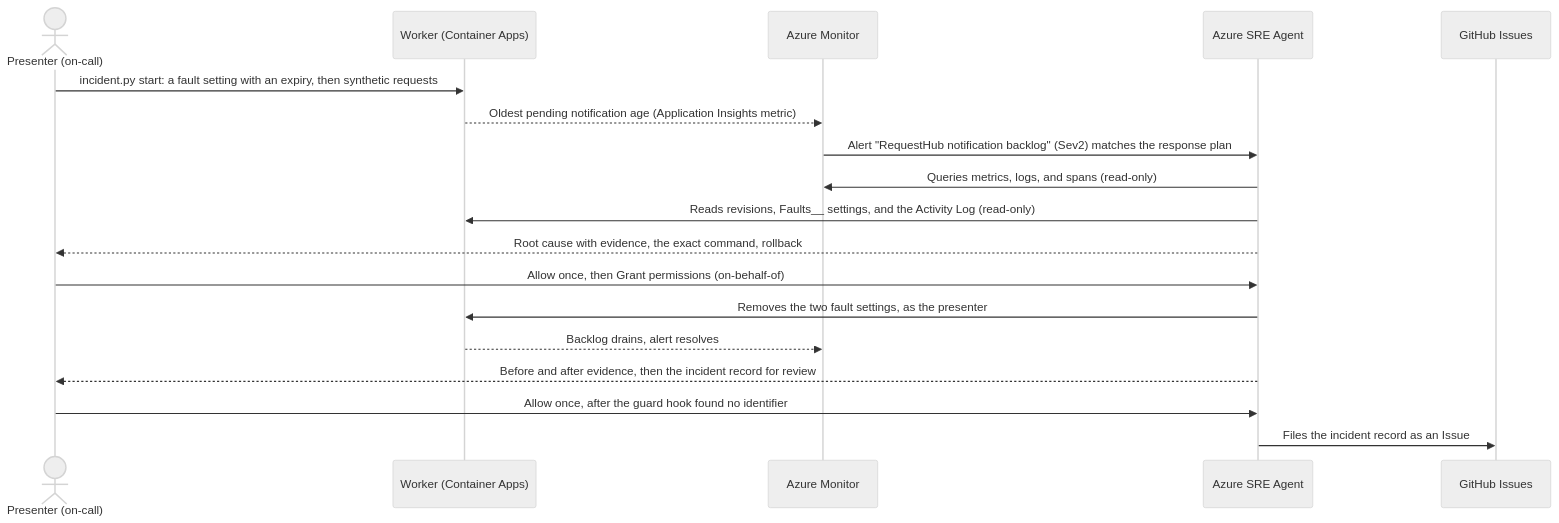
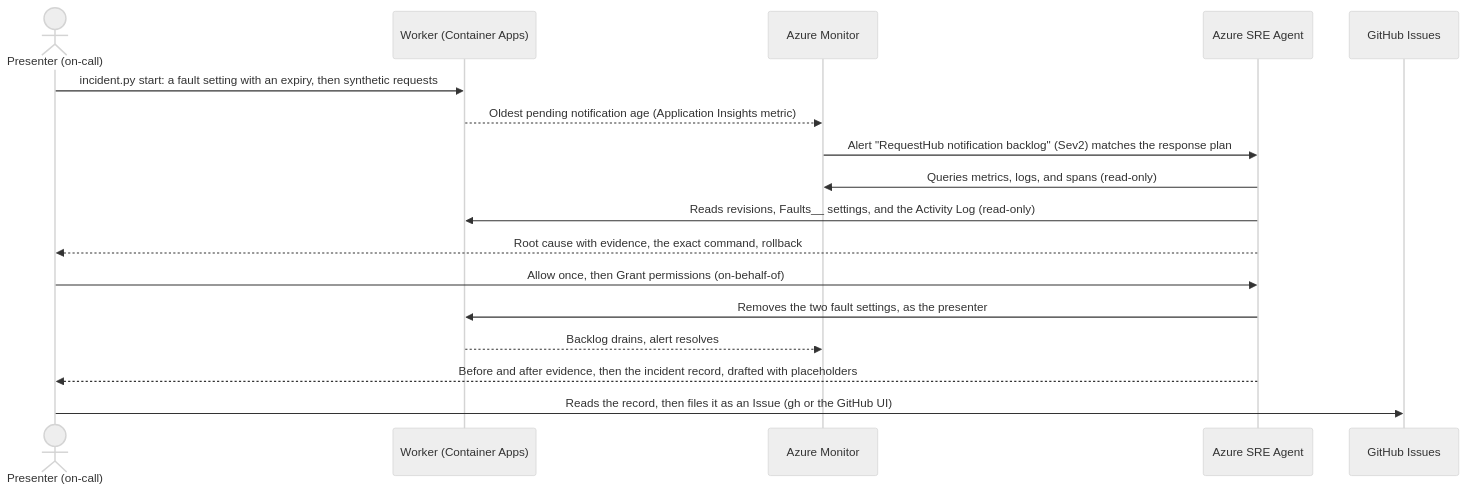
One commit to melabadi/adept-assessment-northstars changed the diagram in solutions/07-operate-microsoft/README.md. Above: the diagram before and after it, drawn with Mermaid (neutral theme). The commit also changed other lines of this file and 16 other files, not shown here.

First line of the commit message:
07-operate-microsoft: batch 2 screenshots and a README for the drafted incident record

````diff
--- a/solutions/07-operate-microsoft/README.md
+++ b/solutions/07-operate-microsoft/README.md
@@ -29,20 +29,19 @@
 ```mermaid
 sequenceDiagram
   actor P as Presenter (on-call)
   participant W as Worker (Container Apps)
   participant M as Azure Monitor
   participant S as Azure SRE Agent
   participant G as GitHub Issues
   P->>W: incident.py start: a fault setting with an expiry, then synthetic requests
   W-->>M: Oldest pending notification age (Application Insights metric)
   M->>S: Alert "RequestHub notification backlog" (Sev2) matches the response plan
   S->>M: Queries metrics, logs, and spans (read-only)
   S->>W: Reads revisions, Faults__ settings, and the Activity Log (read-only)
   S-->>P: Root cause with evidence, the exact command, rollback
   P->>S: Allow once, then Grant permissions (on-behalf-of)
   S->>W: Removes the two fault settings, as the presenter
   W-->>M: Backlog drains, alert resolves
-  S-->>P: Before and after evidence, then the incident record for review
-  P->>S: Allow once, after the guard hook found no identifier
-  S->>G: Files the incident record as an Issue
+  S-->>P: Before and after evidence, then the incident record, drafted with placeholders
+  P->>G: Reads the record, then files it as an Issue (gh or the GitHub UI)
 ```
````
